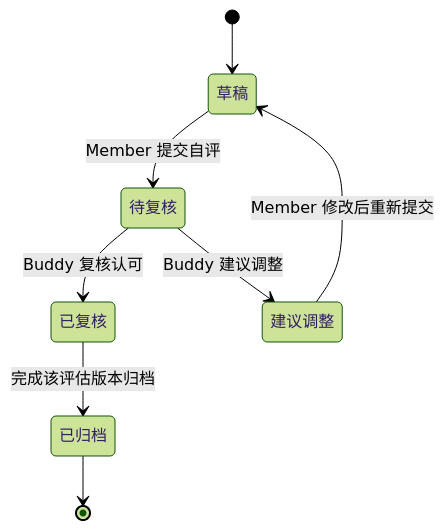
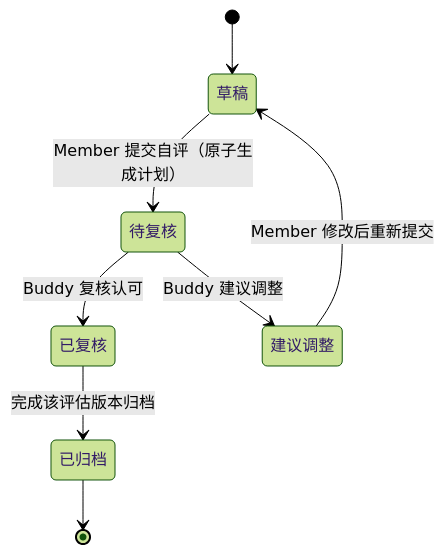
The sixth of 11 diagrams in docs/02_Design.md (yinhui198456/team-capability-platform), drawn with Mermaid (forest theme) before and after one commit. The commit also changed other lines of this file and 23 other files, not shown here.

````diff
--- a/docs/02_Design.md
+++ b/docs/02_Design.md
@@ -270,10 +272,10 @@
 ```mermaid
 stateDiagram-v2
     [*] --> 草稿
-    草稿 --> 待复核 : Member 提交自评
+    草稿 --> 待复核 : Member 提交自评（原子生成计划）
     待复核 --> 已复核 : Buddy 复核认可
     待复核 --> 建议调整 : Buddy 建议调整
     建议调整 --> 草稿 : Member 修改后重新提交
     已复核 --> 已归档 : 完成该评估版本归档
     已归档 --> [*]
 ```
````
